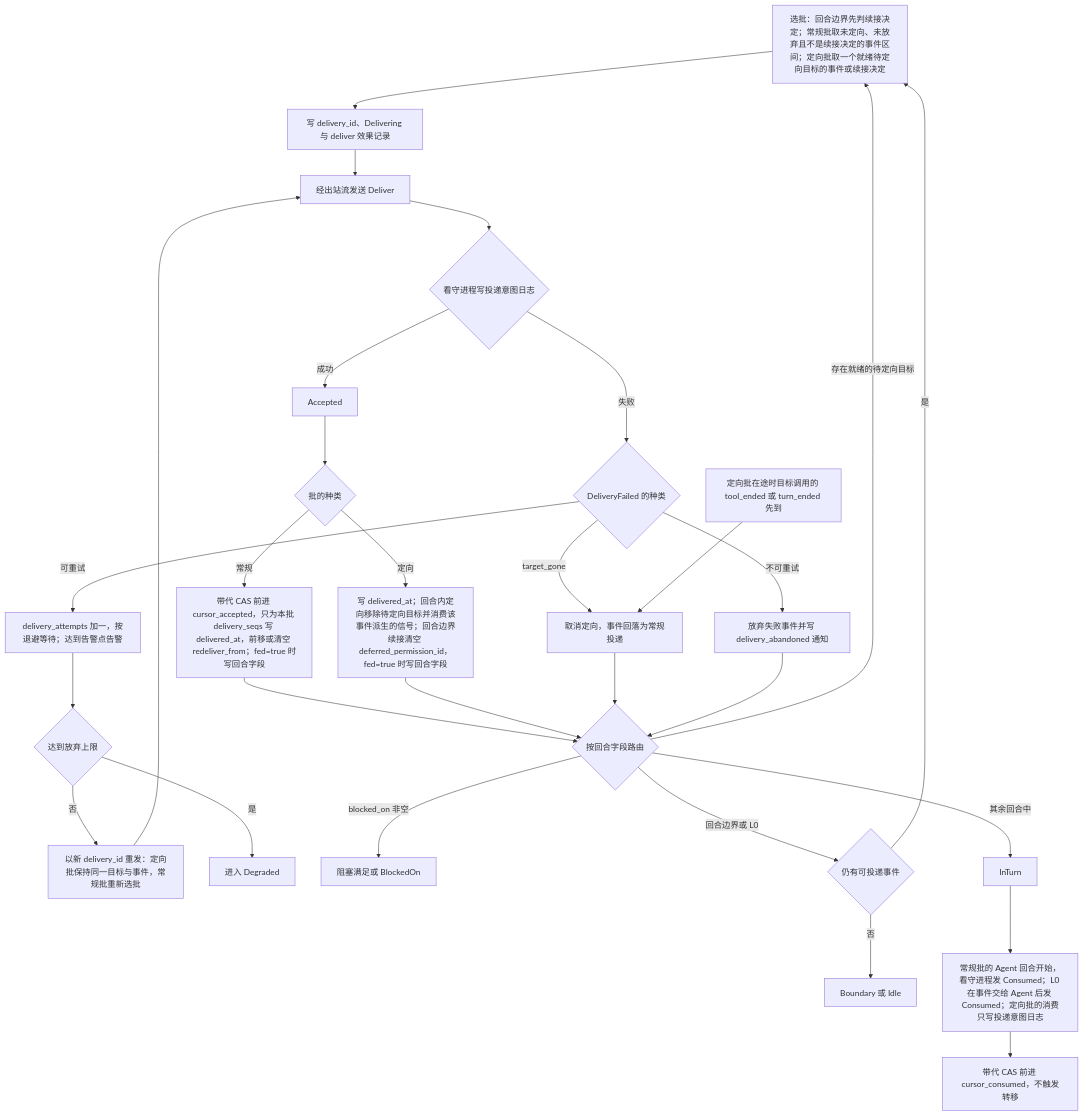
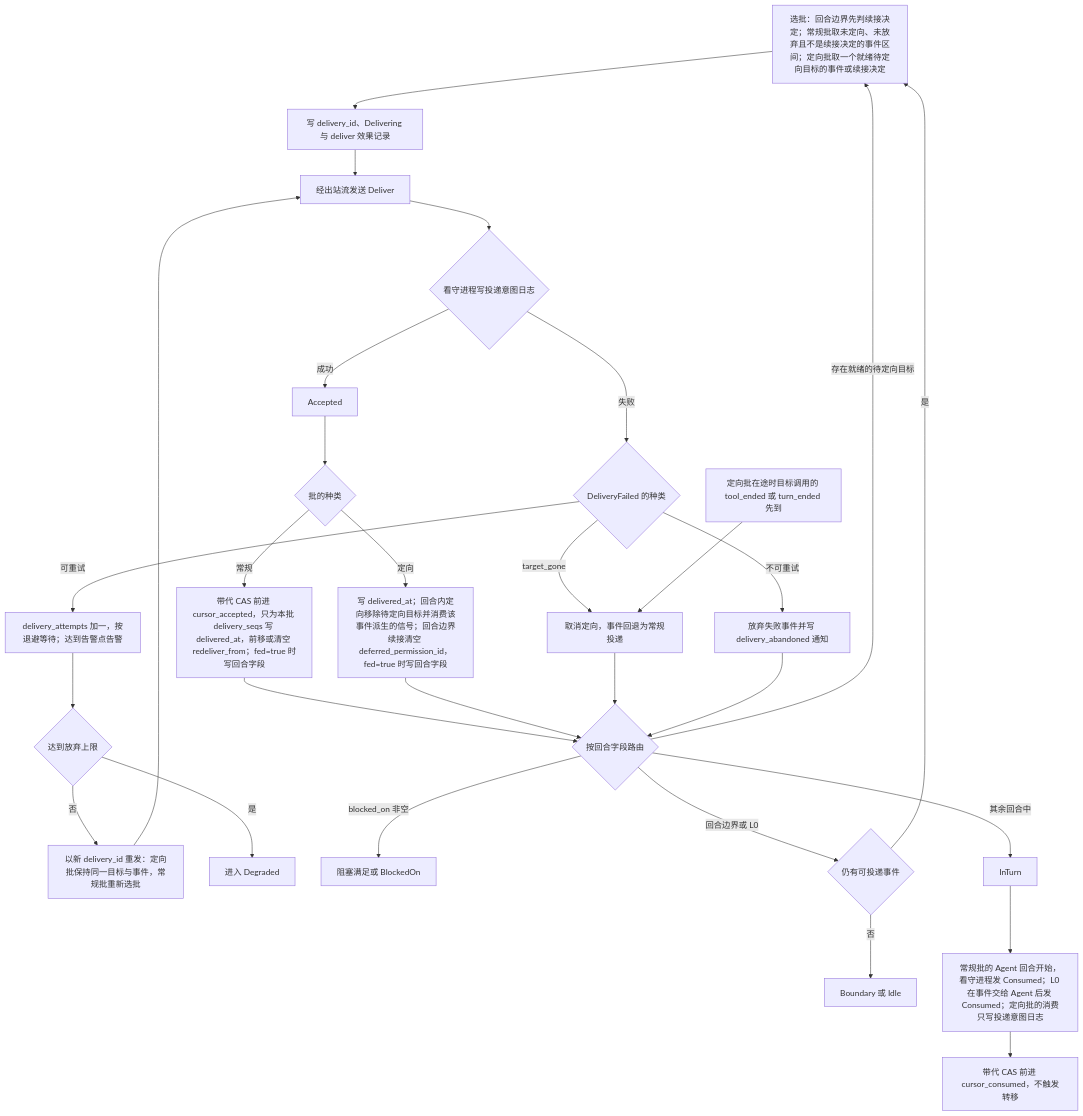
One commit to wangzw/castworks changed the fourth of 4 diagrams in docs/design/modules/design-runcontroller.md. Above: the diagram before and after it, drawn with Mermaid. The commit also changed other lines of this file and 10 other files, not shown here.

````diff
--- a/docs/design/modules/design-runcontroller.md
+++ b/docs/design/modules/design-runcontroller.md
@@ -450,31 +450,31 @@
 ```mermaid
 flowchart TD
     A["选批：回合边界先判续接决定；常规批取未定向、未放弃且不是续接决定的事件区间；定向批取一个就绪待定向目标的事件或续接决定"] --> B["写 delivery_id、Delivering 与 deliver 效果记录"]
     B --> C["经出站流发送 Deliver"]
     C --> D{"看守进程写投递意图日志"}
     D -->|"成功"| E["Accepted"]
     D -->|"失败"| F{"DeliveryFailed 的种类"}
     F -->|"可重试"| G["delivery_attempts 加一，按退避等待；达到告警点告警"]
     G --> H{"达到放弃上限"}
     H -->|"否"| I["以新 delivery_id 重发：定向批保持同一目标与事件，常规批重新选批"]
     I --> C
     H -->|"是"| J["进入 Degraded"]
-    F -->|"target_gone"| K["取消定向，事件回落为常规投递"]
+    F -->|"target_gone"| K["取消定向，事件回退为常规投递"]
     F -->|"不可重试"| L["放弃失败事件并写 delivery_abandoned 通知"]
     Y["定向批在途时目标调用的 tool_ended 或 turn_ended 先到"] --> K
     E --> M{"批的种类"}
     M -->|"常规"| N["带代 CAS 前进 cursor_accepted，只为本批 delivery_seqs 写 delivered_at，前移或清空 redeliver_from；fed=true 时写回合字段"]
     M -->|"定向"| O["写 delivered_at；回合内定向移除待定向目标并消费该事件派生的信号；回合边界续接清空 deferred_permission_id，fed=true 时写回合字段"]
     N --> R{"按回合字段路由"}
     O --> R
     K --> R
     L --> R
     R -->|"存在就绪的待定向目标"| A
     R -->|"blocked_on 非空"| S["阻塞满足或 BlockedOn"]
     R -->|"其余回合中"| T["InTurn"]
     R -->|"回合边界或 L0"| U{"仍有可投递事件"}
     U -->|"是"| A
     U -->|"否"| V["Boundary 或 Idle"]
     T --> W["常规批的 Agent 回合开始，看守进程发 Consumed；L0 在事件交给 Agent 后发 Consumed；定向批的消费只写投递意图日志"]
     W --> X["带代 CAS 前进 cursor_consumed，不触发转移"]
 ```
````
